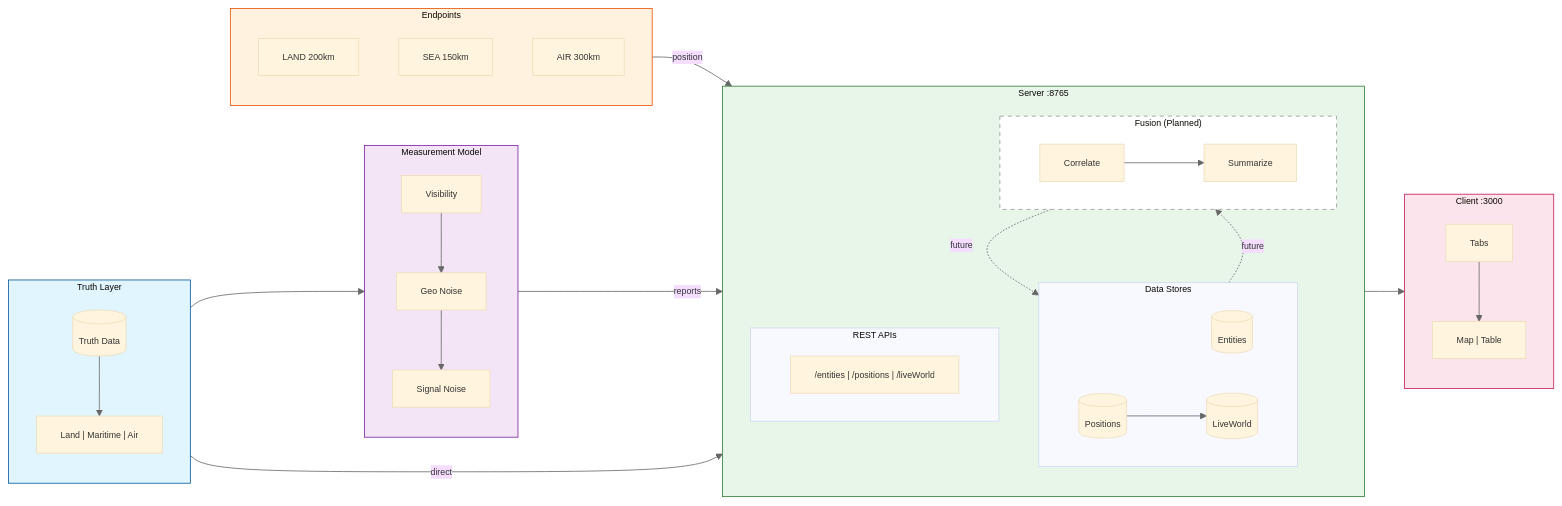
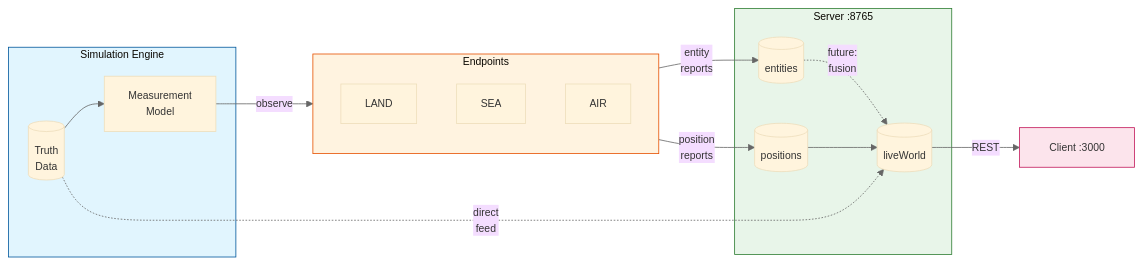
Before and after one commit to ericpauls/disco_workspace: the first of 2 diagrams in docs/system-architecture-diagram.md, drawn with Mermaid.

Commit message:
docs: Simplify system overview diagram layout
- Remove nested subgraphs that caused cramped layout
- Consolidate Simulation Engine (Truth + Measurement Model)
- Show only essential data stores in Server subgraph
- Increase font size from 11px to 13px for better readability
- Result: clean left-to-right flow with no text overlap

````diff
--- a/docs/system-architecture-diagram.md
+++ b/docs/system-architecture-diagram.md
@@ -7,75 +7,41 @@
 ```mermaid
-%%{init: {'theme': 'base', 'themeVariables': { 'lineColor': '#666', 'fontSize': '11px'}}}%%
+%%{init: {'theme': 'base', 'themeVariables': { 'lineColor': '#666', 'fontSize': '13px'}}}%%
 flowchart LR
-    subgraph truth["Truth Layer"]
-        direction TB
-        td[("Truth Data")]
-        ents["Land | Maritime | Air"]
-        td --> ents
+    subgraph sim["&nbsp;&nbsp;Simulation Engine&nbsp;&nbsp;"]
+        truth[("Truth<br/>Data")]
+        mm["Measurement<br/>Model"]
+        truth --> mm
     end
 
-    subgraph endpoints["Endpoints"]
-        direction TB
-        ep1["LAND 200km"]
-        ep2["SEA 150km"]
-        ep3["AIR 300km"]
+    subgraph eps["&nbsp;&nbsp;Endpoints&nbsp;&nbsp;"]
+        ep1["LAND"]
+        ep2["SEA"]
+        ep3["AIR"]
     end
 
-    subgraph measure["Measurement Model"]
-        direction TB
-        vis["Visibility"]
-        geo["Geo Noise"]
-        sig["Signal Noise"]
-        vis --> geo --> sig
+    subgraph srv["&nbsp;&nbsp;Server :8765&nbsp;&nbsp;"]
+        ent[("entities")]
+        pos[("positions")]
+        lw[("liveWorld")]
     end
 
-    subgraph server["Server :8765"]
-        direction TB
-        subgraph stores["Data Stores"]
-            direction LR
-            ent[("Entities")]
-            pos[("Positions")]
-            lw[("LiveWorld")]
-        end
-        subgraph fusion["Fusion (Planned)"]
-            direction LR
-            corr["Correlate"]
-            summ["Summarize"]
-            corr --> summ
-        end
-        subgraph api["REST APIs"]
-            direction LR
-            apis["/entities | /positions | /liveWorld"]
-        end
-    end
+    ui["&nbsp;&nbsp;Client :3000&nbsp;&nbsp;"]
 
-    subgraph client["Client :3000"]
-        direction TB
-        tabs["Tabs"]
-        views["Map | Table"]
-        tabs --> views
-    end
+    mm -->|observe| eps
+    eps -->|entity<br/>reports| ent
+    eps -->|position<br/>reports| pos
+    pos --> lw
+    truth -.->|direct<br/>feed| lw
+    ent -.->|future:<br/>fusion| lw
+    lw -->|REST| ui
 
-    ents --> measure
-    sig -->|reports| ent
-    endpoints -->|position| pos
-    ent -.->|future| corr
-    summ -.->|future| lw
-    pos --> lw
-    td -->|direct| lw
-    apis --> client
+    classDef simStyle fill:#e1f5fe,stroke:#01579b
+    classDef epStyle fill:#fff3e0,stroke:#e65100
+    classDef srvStyle fill:#e8f5e9,stroke:#2e7d32
+    classDef uiStyle fill:#fce4ec,stroke:#c2185b
 
-    classDef truthStyle fill:#e1f5fe,stroke:#01579b
-    classDef endpointStyle fill:#fff3e0,stroke:#e65100
-    classDef measureStyle fill:#f3e5f5,stroke:#7b1fa2
-    classDef serverStyle fill:#e8f5e9,stroke:#2e7d32
-    classDef clientStyle fill:#fce4ec,stroke:#c2185b
-    classDef futureStyle fill:#fff,stroke:#999,stroke-dasharray: 5 5
-
-    class truth truthStyle
-    class endpoints endpointStyle
-    class measure measureStyle
-    class server serverStyle
-    class client clientStyle
-    class fusion futureStyle
+    class sim simStyle
+    class eps epStyle
+    class srv srvStyle
+    class ui uiStyle
 ```
````
